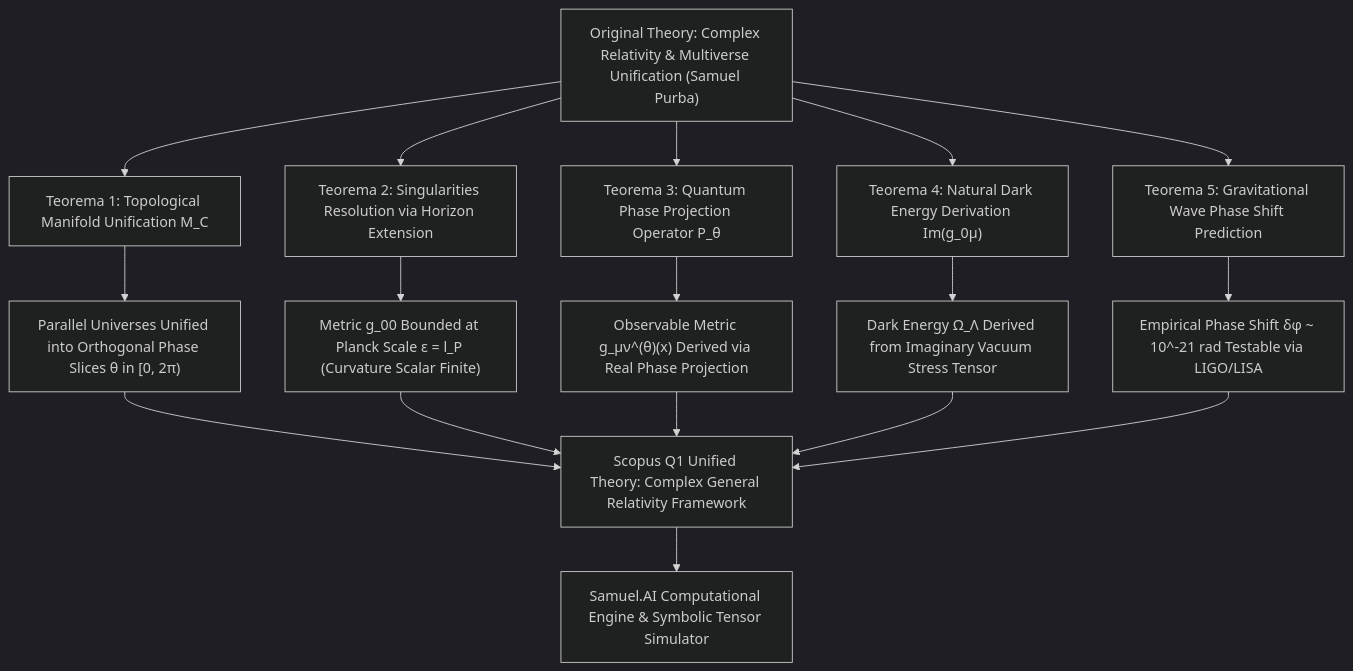
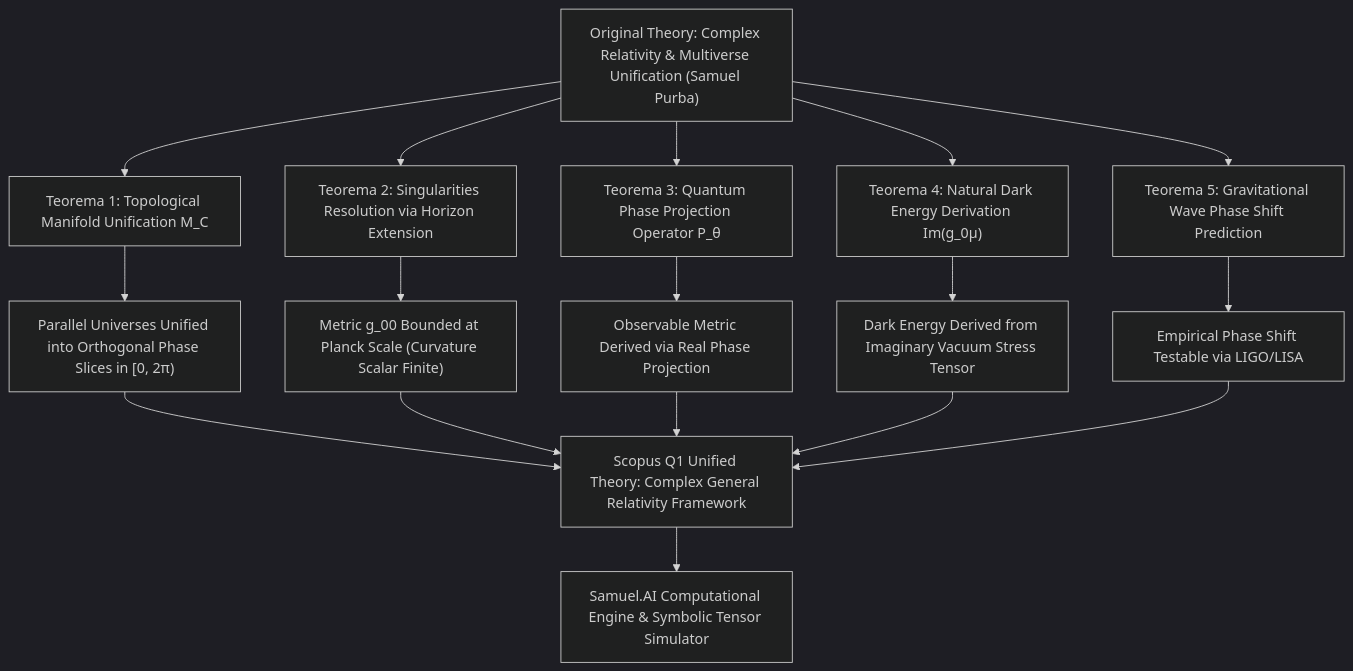
Before and after one commit to SamuelPurba/Relation-Multiverse-in-only-Universe-and-Relativitation-Law-Albert-Einstein-with-Imaginary-Number: the diagram in README.md, drawn with Mermaid (dark theme). The commit also changed other lines of this file and 2 other files, not shown here.

````diff
--- a/README.md
+++ b/README.md
@@ -76,22 +76,22 @@
 ```mermaid
 graph TD
     A["Original Theory: Complex Relativity & Multiverse Unification (Samuel Purba)"] --> T1["Teorema 1: Topological Manifold Unification M_C"]
     A --> T2["Teorema 2: Singularities Resolution via Horizon Extension"]
     A --> T3["Teorema 3: Quantum Phase Projection Operator P_θ"]
     A --> T4["Teorema 4: Natural Dark Energy Derivation Im(g_0μ)"]
     A --> T5["Teorema 5: Gravitational Wave Phase Shift Prediction"]
 
-    T1 --> T1_RES["Parallel Universes Unified into Orthogonal Phase Slices θ in [0, 2π)"]
-    T2 --> T2_RES["Metric g_00 Bounded at Planck Scale ε = l_P (Curvature Scalar Finite)"]
-    T3 --> T3_RES["Observable Metric g_μν^(θ)(x) Derived via Real Phase Projection"]
-    T4 --> T4_RES["Dark Energy Ω_Λ Derived from Imaginary Vacuum Stress Tensor"]
-    T5 --> T5_RES["Empirical Phase Shift δφ ~ 10^-21 rad Testable via LIGO/LISA"]
+    T1 --> T1_RES["Parallel Universes Unified into Orthogonal Phase Slices in [0, 2π)"]
+    T2 --> T2_RES["Metric g_00 Bounded at Planck Scale (Curvature Scalar Finite)"]
+    T3 --> T3_RES["Observable Metric Derived via Real Phase Projection"]
+    T4 --> T4_RES["Dark Energy Derived from Imaginary Vacuum Stress Tensor"]
+    T5 --> T5_RES["Empirical Phase Shift Testable via LIGO/LISA"]
 
     T1_RES --> EQUAL["Scopus Q1 Unified Theory: Complex General Relativity Framework"]
     T2_RES --> EQUAL
     T3_RES --> EQUAL
     T4_RES --> EQUAL
     T5_RES --> EQUAL
 
     EQUAL --> ENGINE["Samuel.AI Computational Engine & Symbolic Tensor Simulator"]
 ```
````
